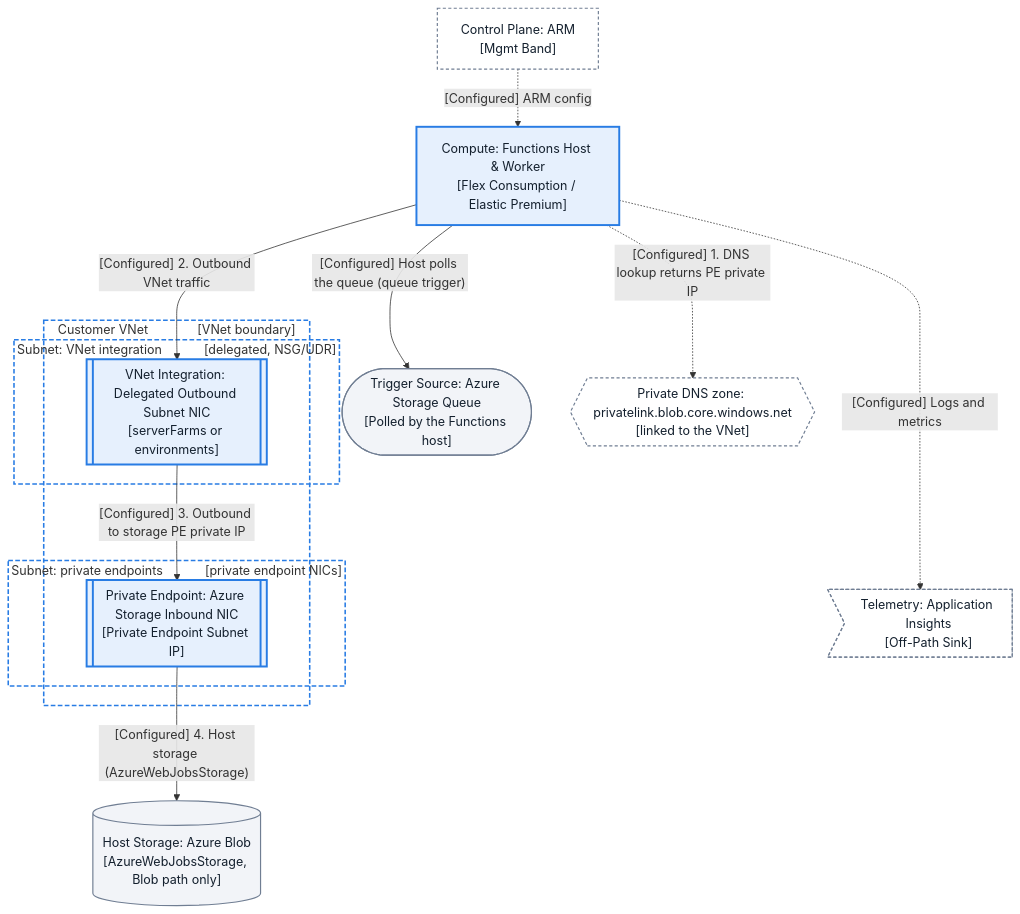
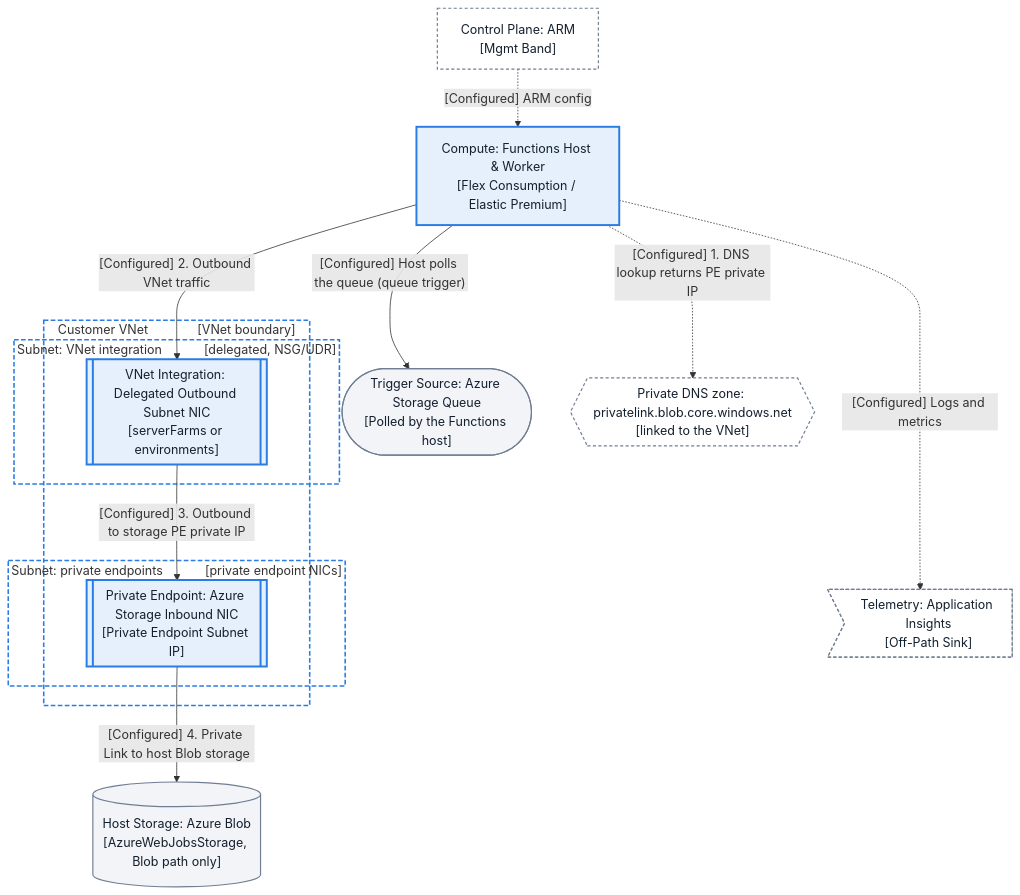
One commit to yeongseon/azure-app-service-practical-guide changed the fifth of 6 diagrams in docs/reference/diagram-topology-grammar.md. Above: the diagram before and after it, drawn with Mermaid. The commit also changed other lines of this file and 1 other file, not shown here.

Commit message:
docs(diagrams): scope the Functions adapter to its Blob path
A review finding on this pull request noted that the Functions adapter drew
one Blob private endpoint and zone but described the path as covering the
AzureWebJobsStorage account. Each Storage private endpoint targets one
subresource, and a secured account can need file, blob and table endpoints
(queue for Durable Functions), each with its own Private DNS zone.

The fixture's justification, accessible description, edge label and takeaway
now say it is a Blob-only slice and name the omitted endpoints from the Learn
secured-storage guide. The fixture structure is unchanged. The manifest is
regenerated for the changed source and justification of that one fixture.

Refs #296

````diff
--- a/docs/reference/diagram-topology-grammar.md
+++ b/docs/reference/diagram-topology-grammar.md
@@ -323,35 +323,35 @@
 ```mermaid
 flowchart TD
     accTitle: Azure Functions Topology Adapter Example (Grammar v1)
-    accDescr: Shows a Functions host polling a Storage queue trigger source and accessing its required AzureWebJobsStorage account through regional VNet integration and a separate private-endpoint subnet.
+    accDescr: Shows a Functions host polling a Storage queue trigger source and reaching the Blob path of its AzureWebJobsStorage account through regional VNet integration and a separate private-endpoint subnet; other Storage sub-resource endpoints are not drawn.
     control_plane["Control Plane: ARM<br/>[Mgmt Band]"]
     client(["Trigger Source: Azure Storage Queue<br/>[Polled by the Functions host]"])
     app_runtime["Compute: Functions Host & Worker<br/>[Flex Consumption / Elastic Premium]"]
     dns_fn{{"Private DNS zone: privatelink.blob.core.windows.net<br/>[linked to the VNet]"}}
     subgraph vnet_fn["Customer VNet &nbsp;&nbsp;&nbsp;&nbsp;&nbsp;&nbsp;&nbsp;&nbsp;&nbsp;&nbsp;&nbsp;&nbsp; [VNet boundary]"]
         subgraph subnet_int_fn["Subnet: VNet integration &nbsp;&nbsp;&nbsp;&nbsp;&nbsp;&nbsp;&nbsp;&nbsp;&nbsp;&nbsp; [delegated, NSG/UDR]"]
             vnet_integration[["VNet Integration: Delegated Outbound Subnet NIC<br/>[serverFarms or environments]"]]
         end
         subgraph subnet_pe_fn["Subnet: private endpoints &nbsp;&nbsp;&nbsp;&nbsp;&nbsp;&nbsp;&nbsp;&nbsp;&nbsp;&nbsp; [private endpoint NICs]"]
             pe_storage[["Private Endpoint: Azure Storage Inbound NIC<br/>[Private Endpoint Subnet IP]"]]
         end
     end
     storage_db[("Host Storage: Azure Blob<br/>[AzureWebJobsStorage, Blob path only]")]
     telemetry>"Telemetry: Application Insights<br/>[Off-Path Sink]"]
     control_plane -.->|"[Configured] ARM config"| app_runtime
     client ~~~ app_runtime
     app_runtime -->|"[Configured] Host polls the queue (queue trigger)"| client
     app_runtime -.->|"[Configured] 1. DNS lookup returns PE private IP"| dns_fn
     app_runtime -->|"[Configured] 2. Outbound VNet traffic"| vnet_integration
     vnet_integration -->|"[Configured] 3. Outbound to storage PE private IP"| pe_storage
-    pe_storage -->|"[Configured] 4. Host storage (AzureWebJobsStorage)"| storage_db
+    pe_storage -->|"[Configured] 4. Private Link to host Blob storage"| storage_db
     app_runtime -..->|"[Configured] Logs and metrics"| telemetry
     classDef baseNeutral fill:#f2f4f8,stroke:#707e93,stroke-width:1.5px,color:#14202e;
     classDef focusActive fill:#e6f0fd,stroke:#287ce4,stroke-width:2.5px,color:#14202e;
     classDef bandMuted fill:#ffffff,stroke:#707e93,stroke-width:1.5px,stroke-dasharray:4 3,color:#14202e;
     classDef netBox fill:transparent,stroke:#287ce4,stroke-width:2px,stroke-dasharray:6 3;
     class client,storage_db baseNeutral;
     class app_runtime,vnet_integration,pe_storage focusActive;
     class control_plane,telemetry,dns_fn bandMuted;
     class vnet_fn,subnet_int_fn,subnet_pe_fn netBox;
 ```
````
